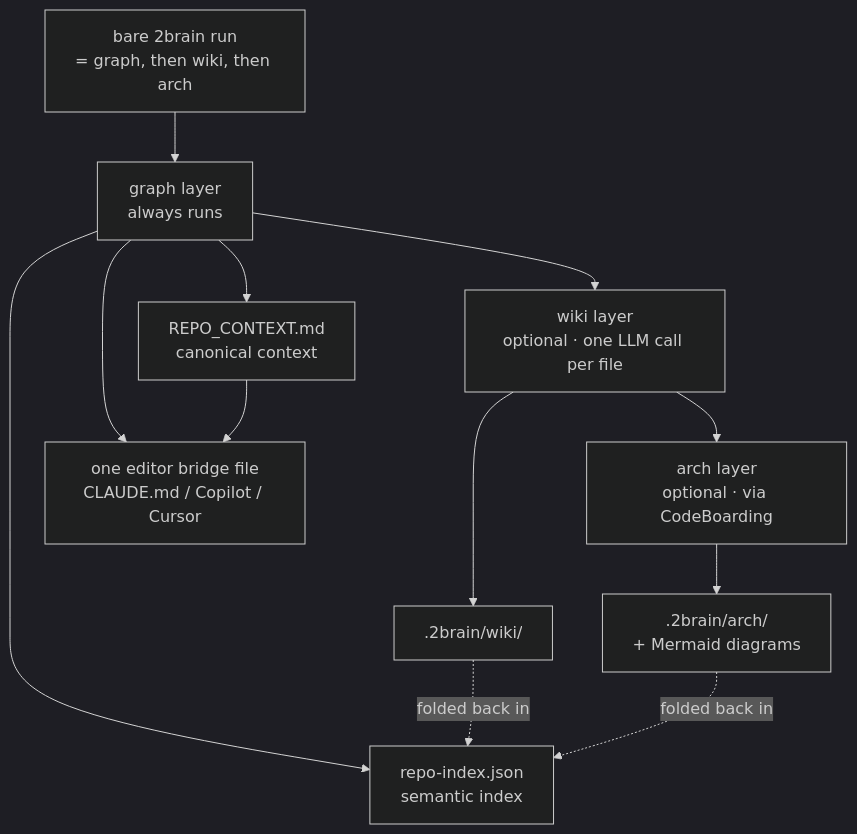
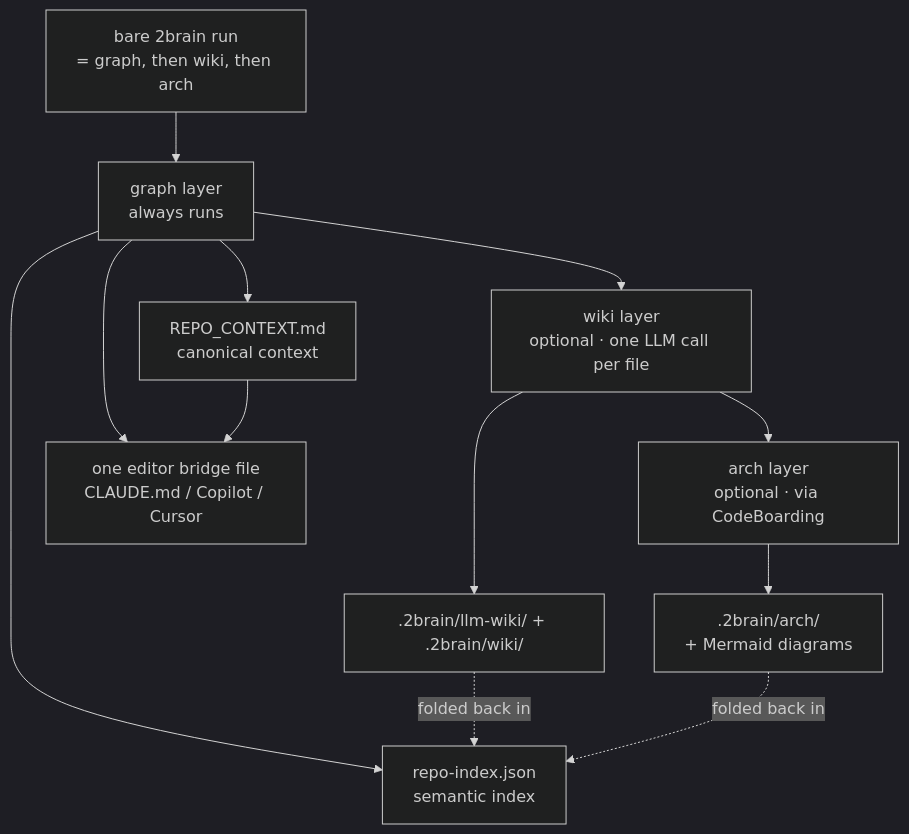
Before and after one commit to Guebbit/knowledge-hub: the diagram in docs/2brain.md, drawn with Mermaid (dark theme). The commit also changed other lines of this file and 15 other files, not shown here.

First line of the commit message:
Split the wiki tier into llm-wiki (machine) and wiki (human), matching the name to the audience

````diff
--- a/docs/2brain.md
+++ b/docs/2brain.md
@@ -102,16 +102,16 @@
 ```mermaid
 flowchart TD
     CMD["bare 2brain run<br/>= graph, then wiki, then arch"] --> G["graph layer<br/>always runs"]
     G --> W["wiki layer<br/>optional · one LLM call per file"]
     W --> A["arch layer<br/>optional · via CodeBoarding"]
 
     G --> IDX["repo-index.json<br/>semantic index"]
     G --> CTX["REPO_CONTEXT.md<br/>canonical context"]
     G --> BR["one editor bridge file<br/>CLAUDE.md / Copilot / Cursor"]
-    W --> WA[".2brain/wiki/"]
+    W --> WA[".2brain/llm-wiki/ + .2brain/wiki/"]
     A --> AA[".2brain/arch/<br/>+ Mermaid diagrams"]
 
     CTX --> BR
     WA -.->|"folded back in"| IDX
     AA -.->|"folded back in"| IDX
 ```
````
